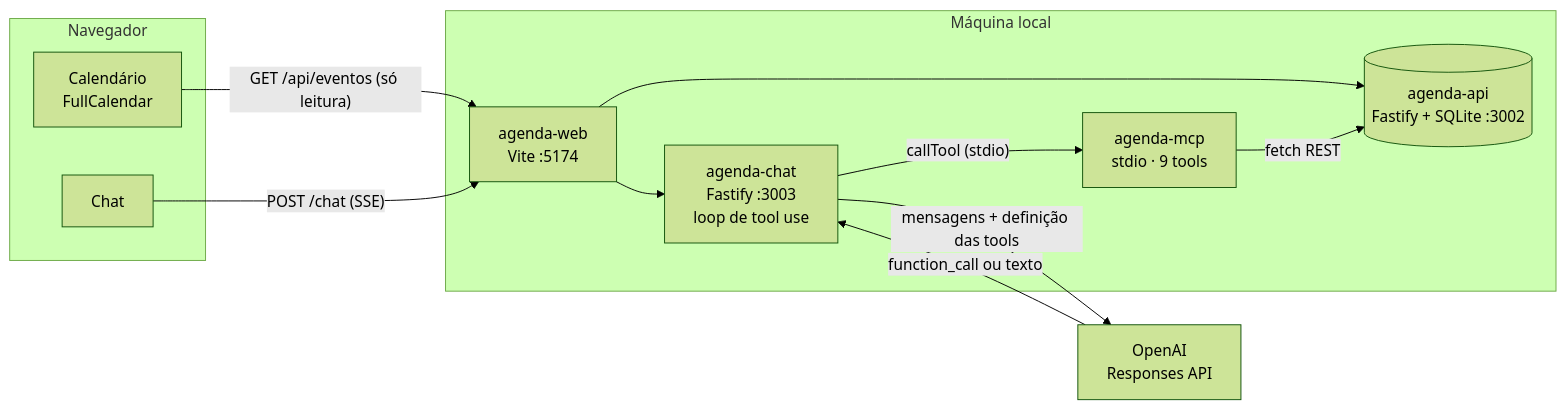
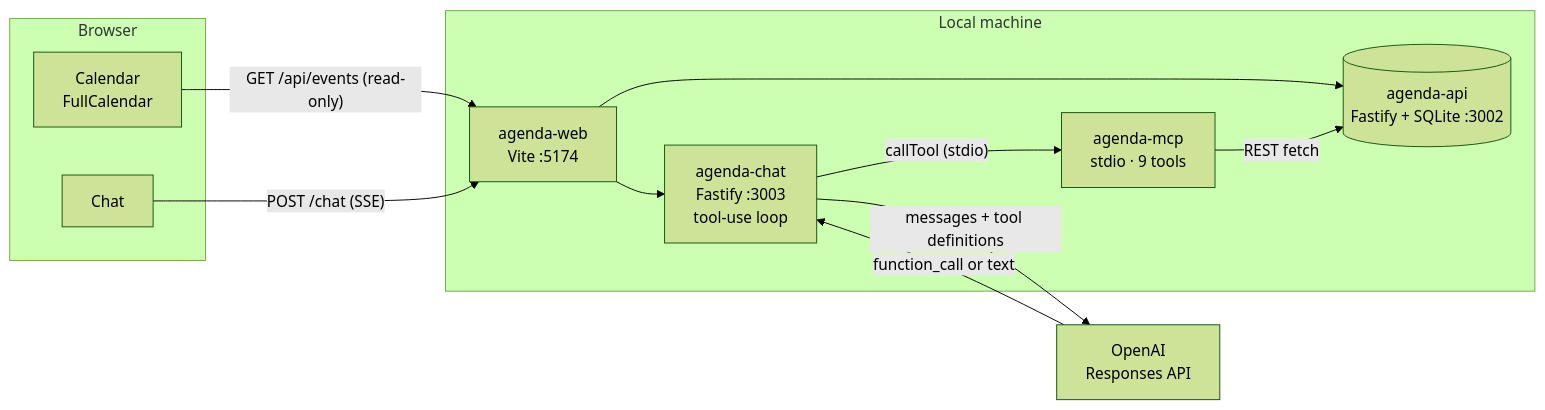
The first of 2 diagrams in README.md (bargadev/mcp-poc), drawn with Mermaid (forest theme) before and after one commit. The commit also changed other lines of this file and 45 other files, not shown here.

First line of the commit message:
Translate code, API, tools, UI and README to English

````diff
--- a/README.md
+++ b/README.md
@@ -36,21 +37,21 @@
 ```mermaid
 flowchart LR
-  subgraph Navegador
-    CAL[Calendário<br/>FullCalendar]
+  subgraph Browser
+    CAL[Calendar<br/>FullCalendar]
     CHAT[Chat]
   end
-  subgraph Máquina local
+  subgraph Local machine
     WEB[agenda-web<br/>Vite :5174]
-    BFF[agenda-chat<br/>Fastify :3003<br/>loop de tool use]
+    BFF[agenda-chat<br/>Fastify :3003<br/>tool-use loop]
     MCP[agenda-mcp<br/>stdio · 9 tools]
     API[(agenda-api<br/>Fastify + SQLite :3002)]
   end
   LLM[OpenAI<br/>Responses API]
 
-  CAL -- "GET /api/eventos (só leitura)" --> WEB --> API
+  CAL -- "GET /api/events (read-only)" --> WEB --> API
   CHAT -- "POST /chat (SSE)" --> WEB --> BFF
-  BFF -- "mensagens + definição das tools" --> LLM
-  LLM -- "function_call ou texto" --> BFF
+  BFF -- "messages + tool definitions" --> LLM
+  LLM -- "function_call or text" --> BFF
   BFF -- "callTool (stdio)" --> MCP
-  MCP -- "fetch REST" --> API
+  MCP -- "REST fetch" --> API
 ```
````
